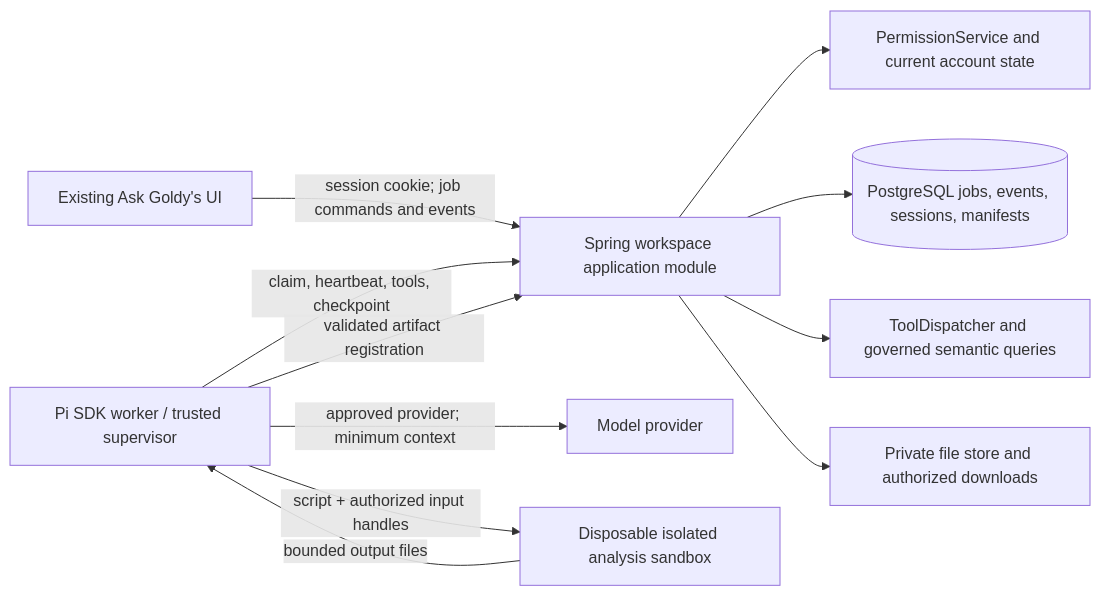
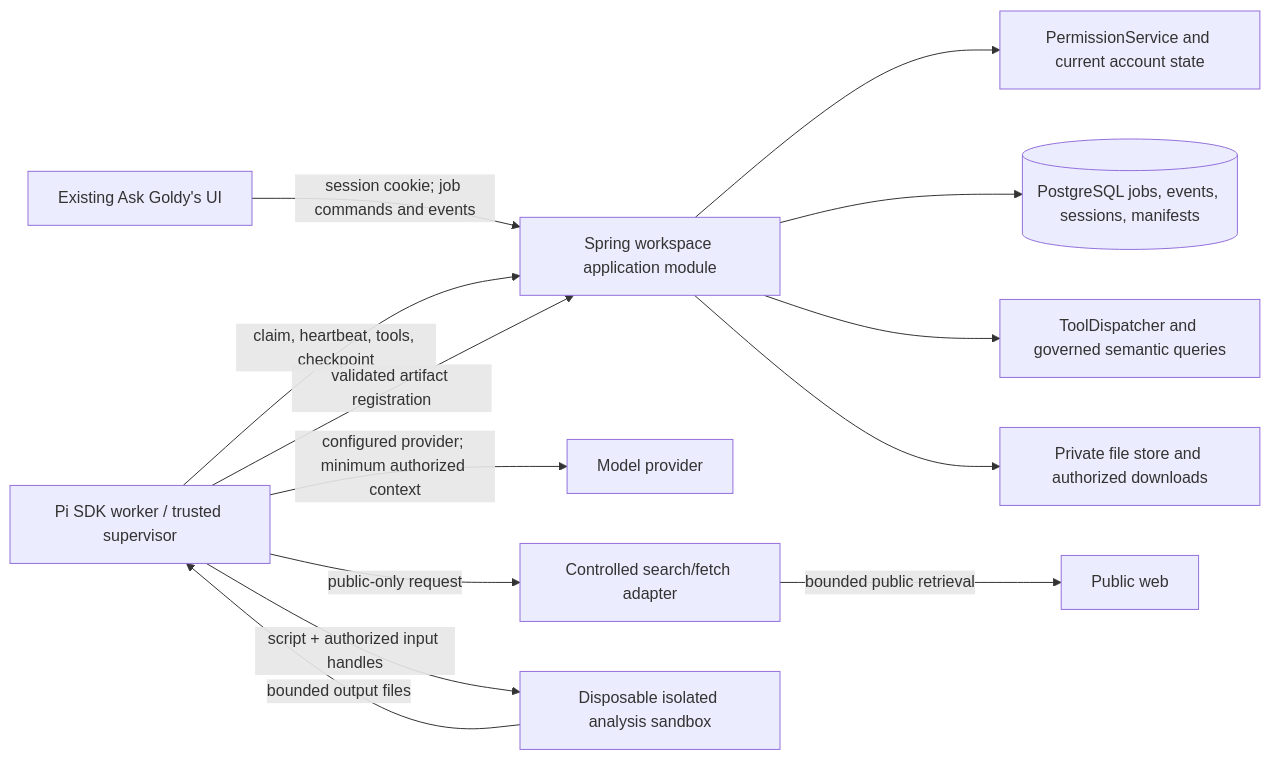
The diagram in docs/design/ask-goldys-pi-workspace-proposal-2026-11-15.md (stirlingwdonaldson/goldys), drawn with Mermaid before and after one commit. The commit also changed other lines of this file and 6 other files, not shown here.

Commit message:
docs: record agreed Pi workspace architecture and scope

````diff
--- a/docs/design/ask-goldys-pi-workspace-proposal-2026-11-15.md
+++ b/docs/design/ask-goldys-pi-workspace-proposal-2026-11-15.md
@@ -40,13 +40,15 @@
 ```mermaid
 flowchart LR
   UI[Existing Ask Goldy's UI] -->|session cookie; job commands and events| SPR[Spring workspace application module]
   SPR --> AUTH[PermissionService and current account state]
   SPR --> DB[(PostgreSQL jobs, events, sessions, manifests)]
   SPR --> DATA[ToolDispatcher and governed semantic queries]
   SPR --> FILES[Private file store and authorized downloads]
   WORK[Pi SDK worker / trusted supervisor] -->|claim, heartbeat, tools, checkpoint| SPR
-  WORK -->|approved provider; minimum context| MODEL[Model provider]
+  WORK -->|configured provider; minimum authorized context| MODEL[Model provider]
+  WORK -->|public-only request| WEB[Controlled search/fetch adapter]
+  WEB -->|bounded public retrieval| INTERNET[Public web]
   WORK -->|script + authorized input handles| BOX[Disposable isolated analysis sandbox]
   BOX -->|bounded output files| WORK
   WORK -->|validated artifact registration| SPR
 ```
````
